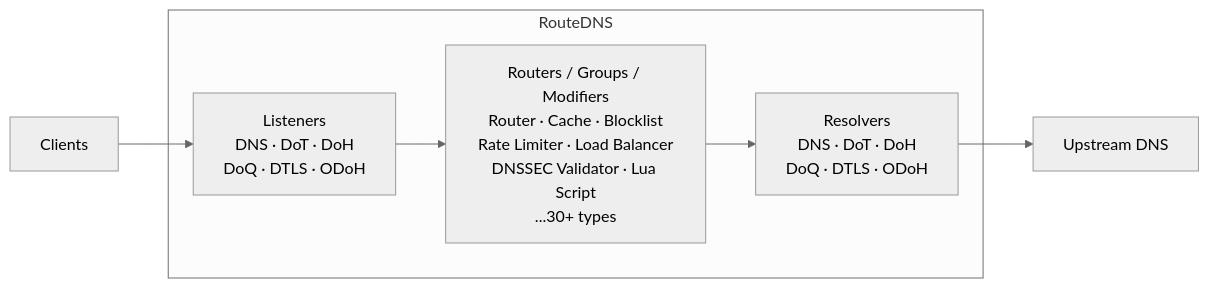
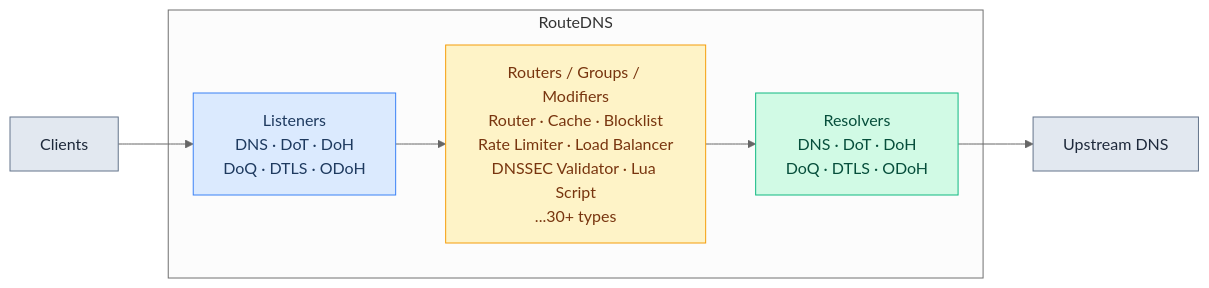
One commit to folbricht/routedns changed the first of 5 diagrams in README.md. Above: the diagram before and after it, drawn with Mermaid (neutral theme). The commit also changed other lines of this file, not shown here.

Commit message:
Add color to mermaid diagrams

````diff
--- a/README.md
+++ b/README.md
@@ -9,9 +9,17 @@
 ```mermaid
 graph LR
     C[Clients] --> L
     subgraph RouteDNS
         L[Listeners<br/>DNS · DoT · DoH<br/>DoQ · DTLS · ODoH] --> P[Routers / Groups / Modifiers<br/>Router · Cache · Blocklist<br/>Rate Limiter · Load Balancer<br/>DNSSEC Validator · Lua Script<br/>...30+ types]
         P --> R[Resolvers<br/>DNS · DoT · DoH<br/>DoQ · DTLS · ODoH]
     end
     R --> U[Upstream DNS]
+    classDef ext fill:#e2e8f0,stroke:#64748b,color:#1e293b
+    classDef listen fill:#dbeafe,stroke:#3b82f6,color:#1e3a5f
+    classDef proc fill:#fef3c7,stroke:#f59e0b,color:#78350f
+    classDef resolve fill:#d1fae5,stroke:#10b981,color:#064e3b
+    class C,U ext
+    class L listen
+    class P proc
+    class R resolve
 ```
````
